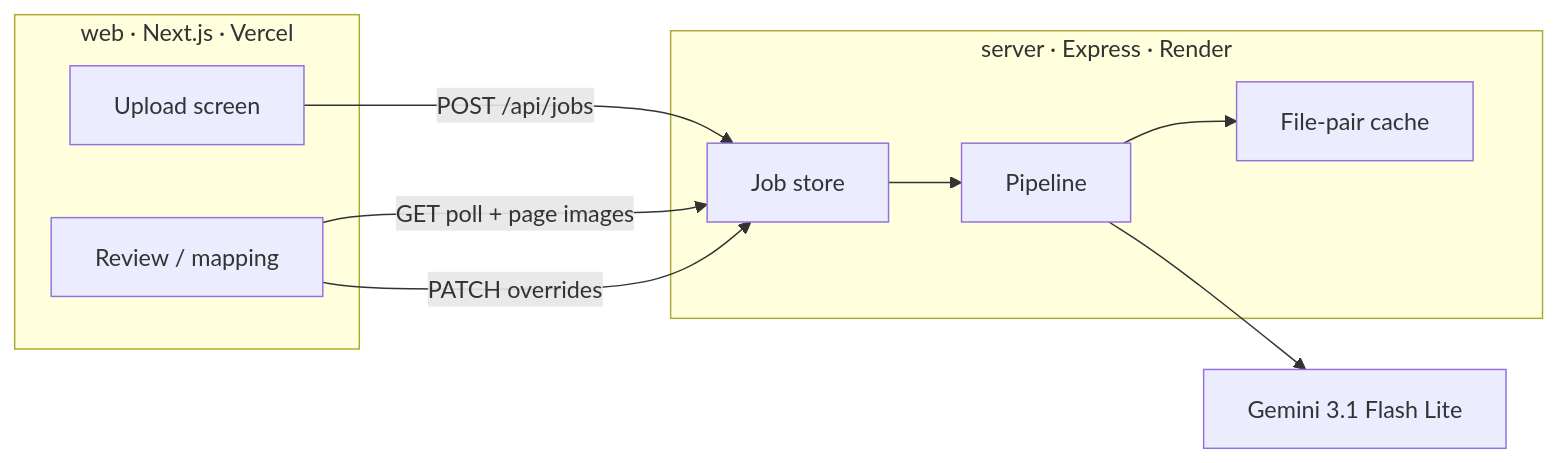
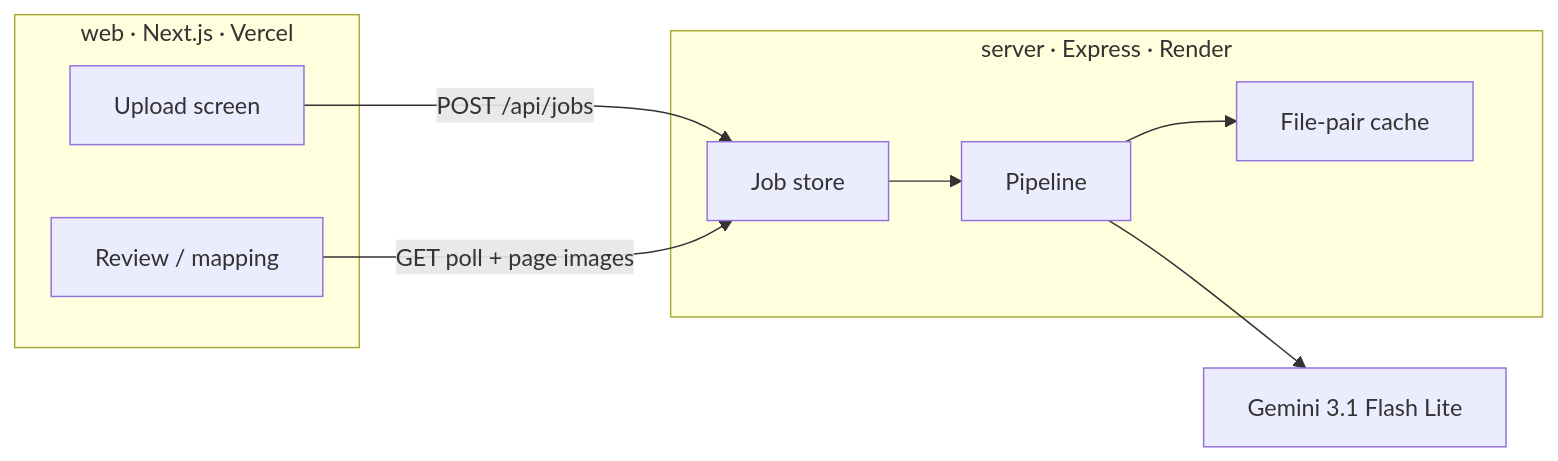
Before and after one commit to Binary0011247/AI-Tutor-RAG: the diagram in README.md, drawn with Mermaid. The commit also changed other lines of this file, not shown here.

````diff
--- a/README.md
+++ b/README.md
@@ -207,19 +171,18 @@
 ```mermaid
 flowchart LR
   subgraph web ["web · Next.js · Vercel"]
     Upload["Upload screen"]
     Review["Review / mapping"]
   end
   subgraph api ["server · Express · Render"]
     Jobs["Job store"]
     Pipe["Pipeline"]
     Cache["File-pair cache"]
   end
   Gemini["Gemini 3.1 Flash Lite"]
   Upload -->|POST /api/jobs| Jobs
   Review -->|GET poll + page images| Jobs
-  Review -->|PATCH overrides| Jobs
   Jobs --> Pipe
   Pipe --> Cache
   Pipe --> Gemini
 ```
````
